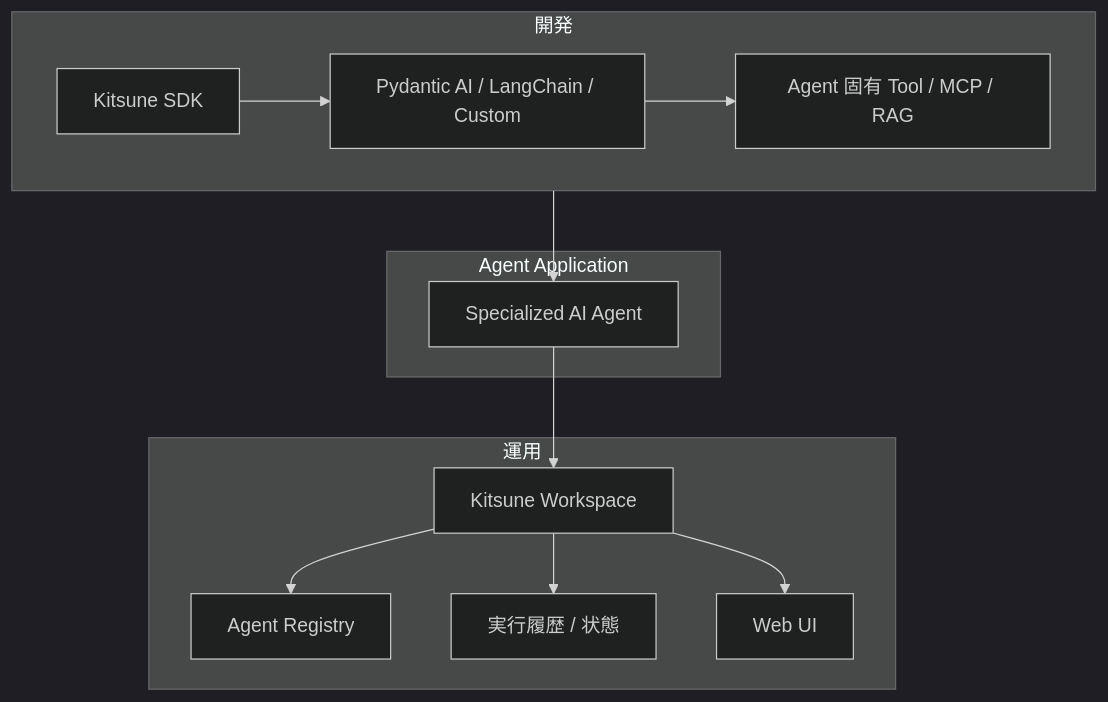
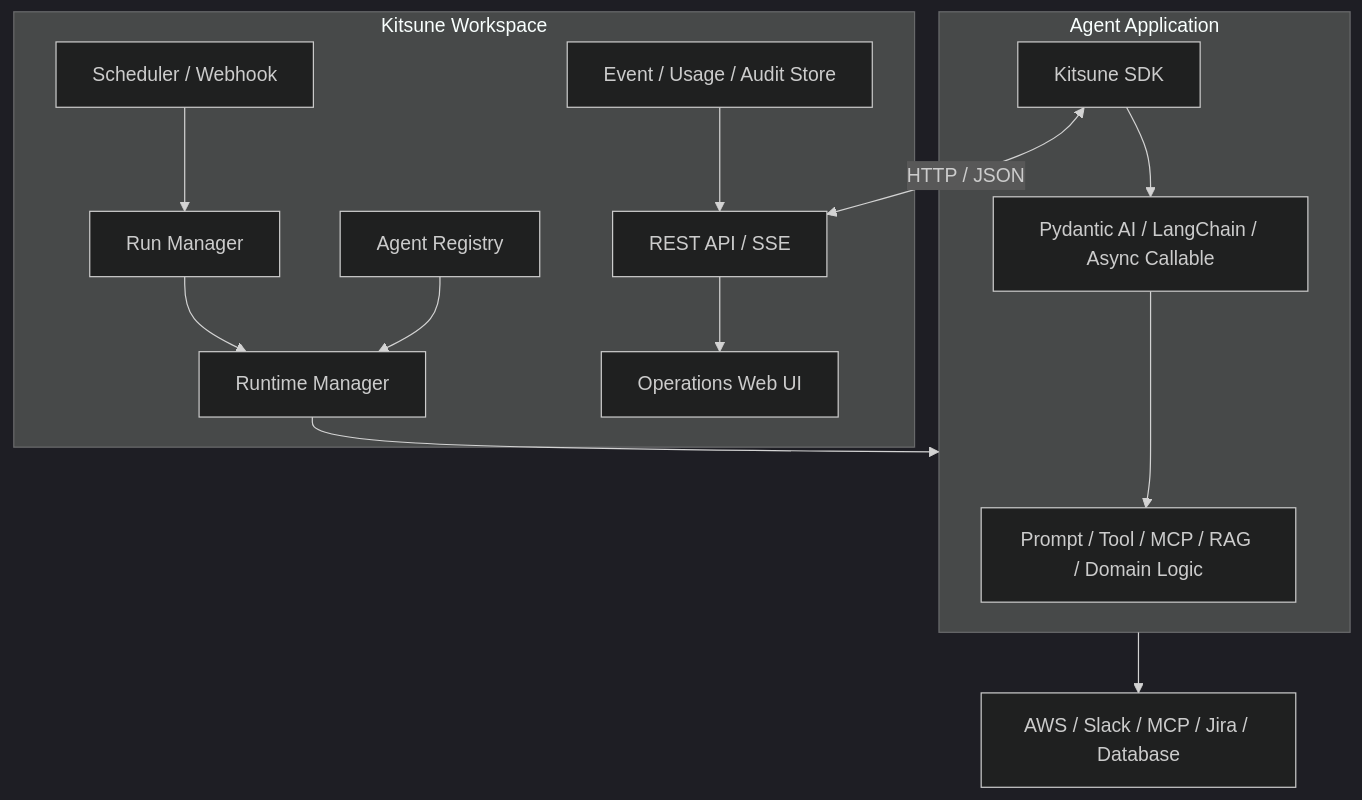
The diagram in docs/architecture.md (viasnake/kitsune-workspace), drawn with Mermaid (dark theme) before and after one commit. The commit also changed other lines of this file and 25 other files, not shown here.

Commit message:
docs: document Kitsune usage and operations

````diff
--- a/docs/architecture.md
+++ b/docs/architecture.md
@@ -9,27 +5,29 @@
 ```mermaid
 flowchart TB
-    subgraph Development[開発]
+    subgraph Agent[Agent Application]
+        Logic[Prompt / Tool / MCP / RAG / Domain Logic]
+        Framework[Pydantic AI / LangChain / Async Callable]
         SDK[Kitsune SDK]
-        P[Pydantic AI / LangChain / Custom]
-        T[Agent 固有 Tool / MCP / RAG]
-        SDK --> P
-        P --> T
+        SDK --> Framework
+        Framework --> Logic
     end
 
-    subgraph Runtime[Agent Application]
-        A[Specialized AI Agent]
+    subgraph Workspace[Kitsune Workspace]
+        Registry[Agent Registry]
+        Runtime[Runtime Manager]
+        Scheduler[Scheduler / Webhook]
+        Runs[Run Manager]
+        Store[Event / Usage / Audit Store]
+        API[REST API / SSE]
+        Web[Operations Web UI]
+        Registry --> Runtime
+        Scheduler --> Runs
+        Runs --> Runtime
+        Store --> API
+        API --> Web
     end
 
-    subgraph Operations[運用]
-        W[Kitsune Workspace]
-        R[Agent Registry]
-        H[実行履歴 / 状態]
-        U[Web UI]
-        W --> R
-        W --> H
-        W --> U
-    end
-
-    Development --> A
-    A --> W
+    SDK <-->|HTTP / JSON| API
+    Runtime --> Agent
+    Agent --> External[AWS / Slack / MCP / Jira / Database]
 ```
````
